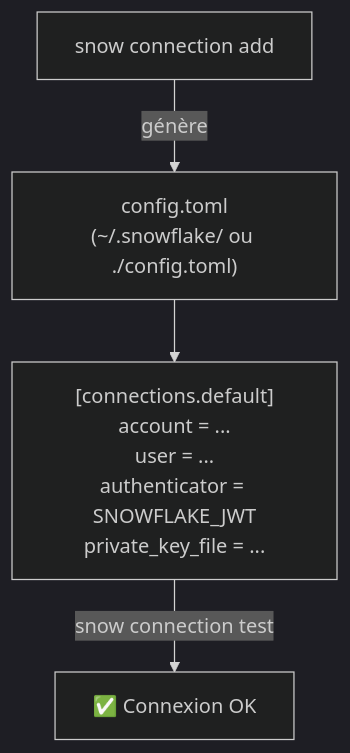
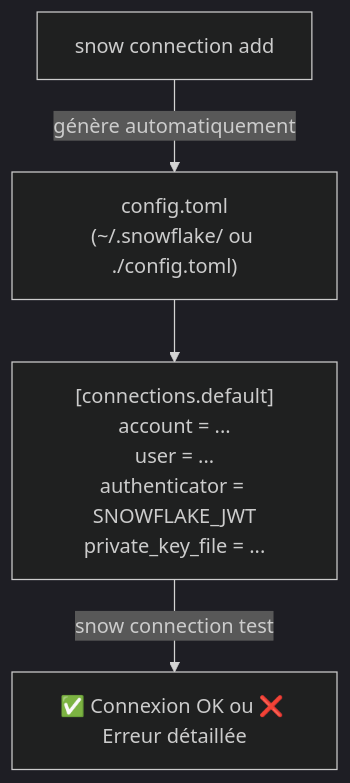
One commit to FaridChouchane/Boocamp_Analytics_Engineer_Ada changed the fifth of 10 diagrams in Snowflake/Déploiement automatique avec Snowflake CLI/Reamde.md. Above: the diagram before and after it, drawn with Mermaid (dark theme). The commit also changed other lines of this file, not shown here.

````diff
--- a/Snowflake/Déploiement automatique avec Snowflake CLI/Reamde.md
+++ b/Snowflake/Déploiement automatique avec Snowflake CLI/Reamde.md
@@ -333,6 +467,6 @@
 ```mermaid
 graph TD
-    SNOW["snow connection add"] -->|génère| TOML["config.toml<br/>(~/.snowflake/ ou ./config.toml)"]
+    SNOW["snow connection add"] -->|génère automatiquement| TOML["config.toml<br/>(~/.snowflake/ ou ./config.toml)"]
     TOML --> CONN["[connections.default]<br/>account = ...<br/>user = ...<br/>authenticator = SNOWFLAKE_JWT<br/>private_key_file = ..."]
-    CONN -->|"snow connection test"| TEST[✅ Connexion OK]
+    CONN -->|"snow connection test"| TEST[✅ Connexion OK ou ❌ Erreur détaillée]
 ```
````
